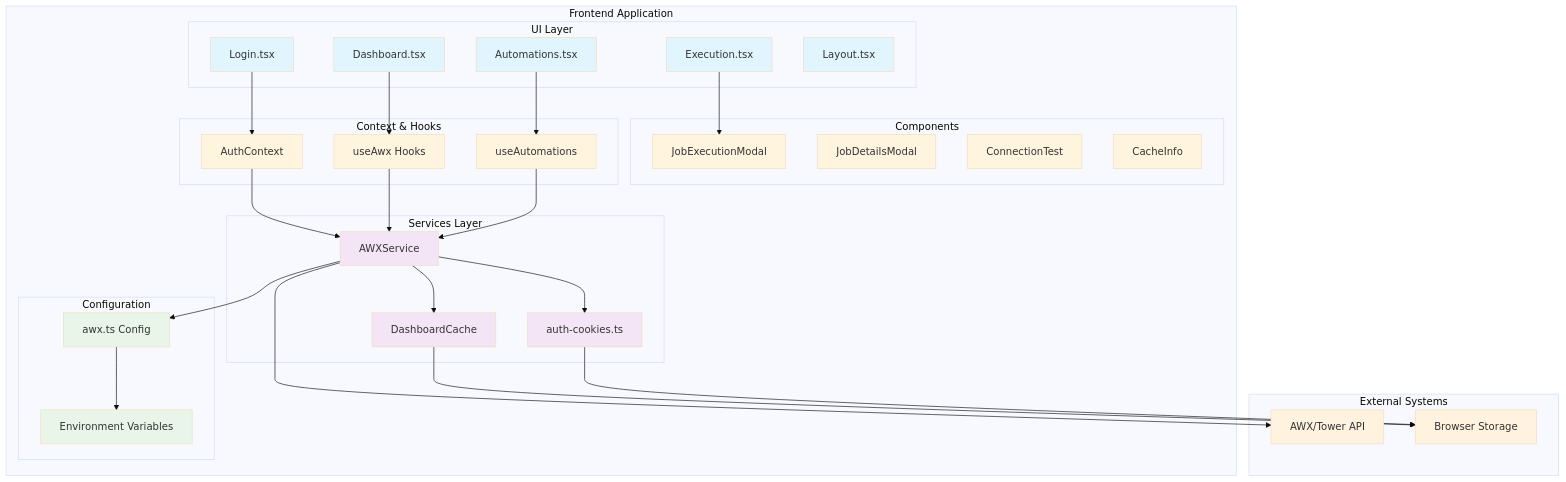
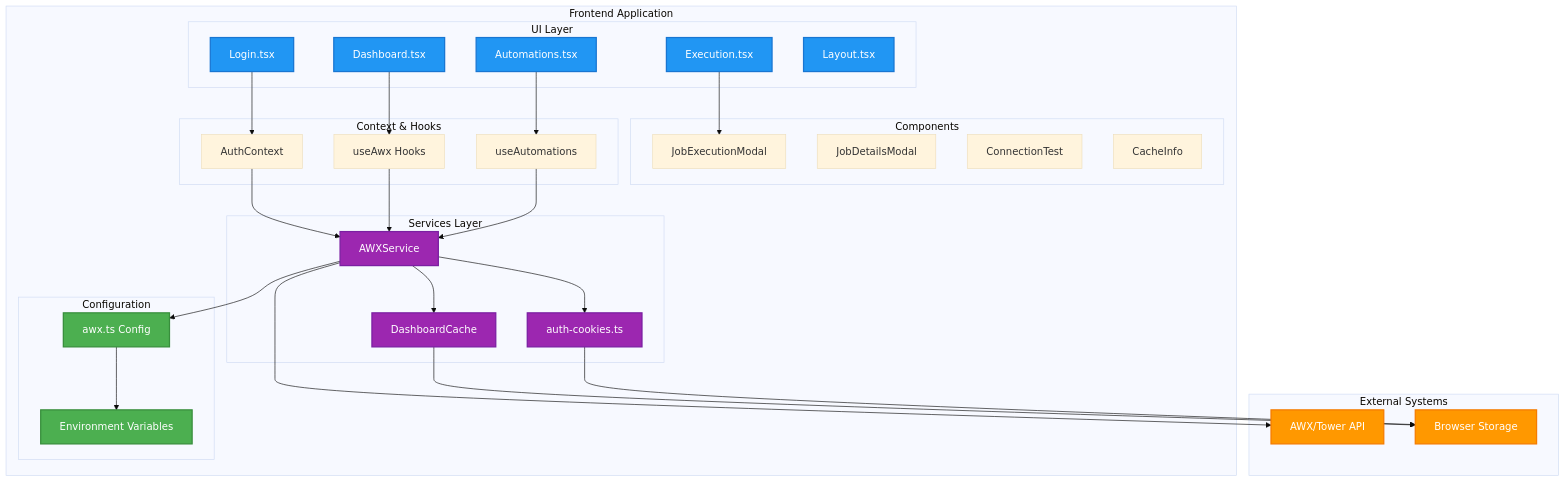
The first of 10 diagrams in docs/architecture.md (marcusborin12/cockpit), drawn with Mermaid (base theme) before and after one commit.

Commit message:
atualização de cores

````diff
--- a/docs/architecture.md
+++ b/docs/architecture.md
@@ -7,72 +7,72 @@
 ```mermaid
 graph TB
     subgraph "Frontend Application"
         subgraph "UI Layer"
             L[Login.tsx]
             D[Dashboard.tsx] 
             A[Automations.tsx]
             E[Execution.tsx]
             Layout[Layout.tsx]
         end
         
         subgraph "Components"
             JEM[JobExecutionModal]
             JDM[JobDetailsModal]
             CT[ConnectionTest]
             CI[CacheInfo]
         end
         
         subgraph "Context & Hooks"
             AC[AuthContext]
             UA[useAwx Hooks]
             UM[useAutomations]
         end
         
         subgraph "Services Layer"
             AS[AWXService]
             AC_LIB[auth-cookies.ts]
             DC[DashboardCache]
         end
         
         subgraph "Configuration"
             AWX_CONFIG[awx.ts Config]
             ENV[Environment Variables]
         end
     end
     
     subgraph "External Systems"
         AWX_API[AWX/Tower API]
         BROWSER[Browser Storage]
     end
 
     %% Connections
     L --> AC
     D --> UA
     A --> UM
     E --> JEM
     
     AC --> AS
     UA --> AS
     UM --> AS
     
     AS --> AWX_CONFIG
     AS --> AC_LIB
     AS --> DC
     
     AS --> AWX_API
     DC --> BROWSER
     AC_LIB --> BROWSER
     
     AWX_CONFIG --> ENV
 
     %% Styling
-    classDef ui fill:#e1f5fe
-    classDef service fill:#f3e5f5
-    classDef external fill:#fff3e0
-    classDef config fill:#e8f5e8
+    classDef ui fill:#2196F3,stroke:#1976D2,stroke-width:2px,color:#FFFFFF
+    classDef service fill:#9C27B0,stroke:#7B1FA2,stroke-width:2px,color:#FFFFFF
+    classDef external fill:#FF9800,stroke:#F57C00,stroke-width:2px,color:#FFFFFF
+    classDef config fill:#4CAF50,stroke:#388E3C,stroke-width:2px,color:#FFFFFF
     
     class L,D,A,E,Layout ui
     class AS,AC_LIB,DC service
     class AWX_API,BROWSER external
     class AWX_CONFIG,ENV config
 ```
````
